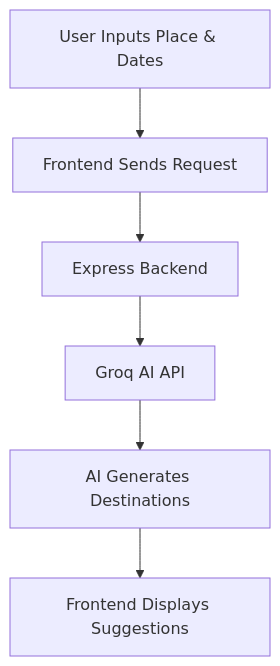
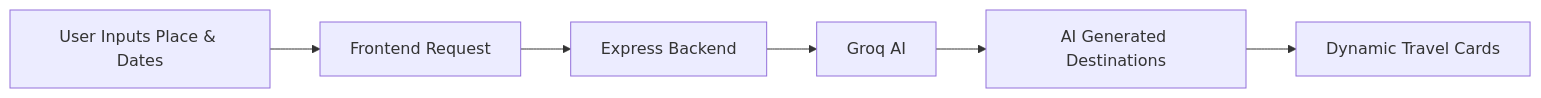
One commit to nidhi-ai01/Traveloop changed the diagram in README.md. Above: the diagram before and after it, drawn with Mermaid. The commit also changed other lines of this file, not shown here.

````diff
--- a/README.md
+++ b/README.md
@@ -202,9 +159,10 @@
 ```mermaid
-graph TD;
+flowchart LR
 
-A[User Inputs Place & Dates] --> B[Frontend Sends Request]
-B --> C[Express Backend]
-C --> D[Groq AI API]
-D --> E[AI Generates Destinations]
-E --> F[Frontend Displays Suggestions]
+A[User Inputs Place & Dates]
+--> B[Frontend Request]
+--> C[Express Backend]
+--> D[Groq AI]
+--> E[AI Generated Destinations]
+--> F[Dynamic Travel Cards]
 ```
````
